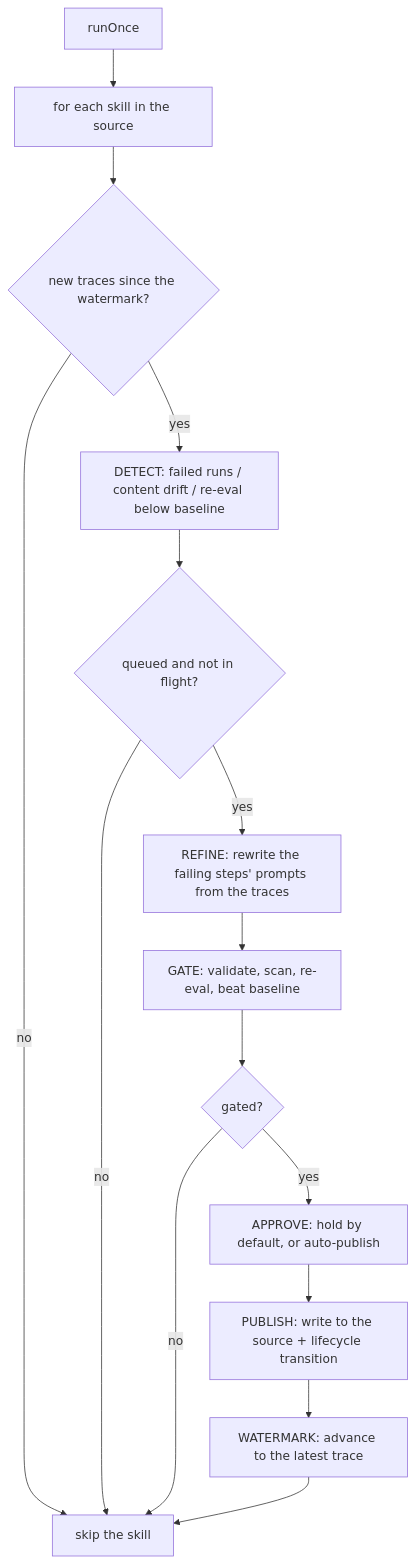
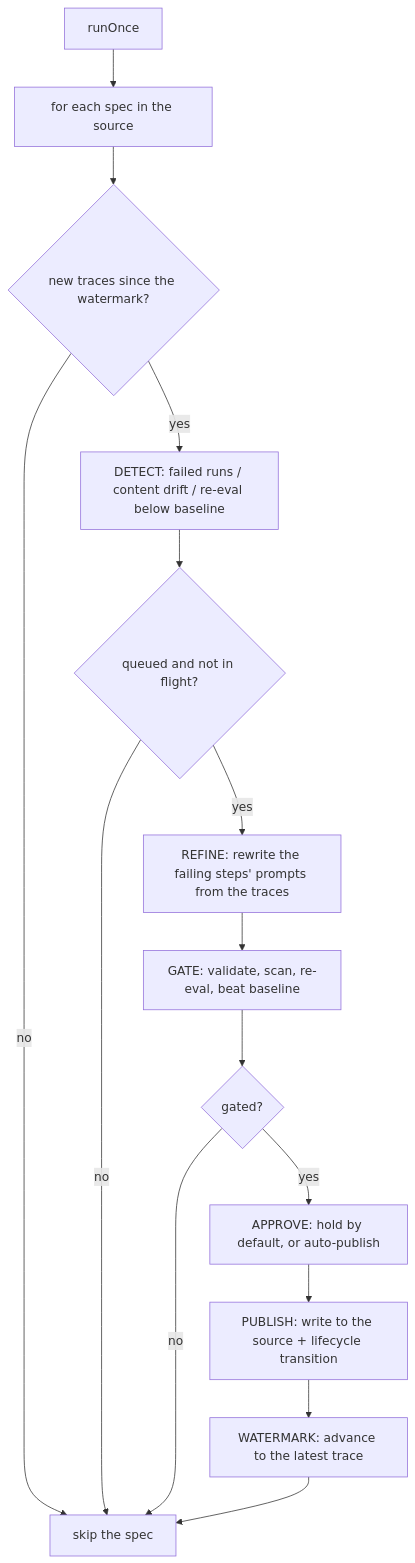
The diagram in prod/embabel-smith-studio/README.md (iromu/embabel-smith), drawn with Mermaid before and after one commit. The commit also changed other lines of this file and 650 other files, not shown here.

First line of the commit message:
Rename the skill-pack vocabulary to agent spec to match what the unit actually is

````diff
--- a/prod/embabel-smith-studio/README.md
+++ b/prod/embabel-smith-studio/README.md
@@ -124,17 +124,17 @@
 ```mermaid
 flowchart TD
-    A[runOnce] --> B[for each skill in the source]
+    A[runOnce] --> B[for each spec in the source]
     B --> C{new traces since the watermark?}
-    C -- no --> Z[skip the skill]
+    C -- no --> Z[skip the spec]
     C -- yes --> D[DETECT: failed runs / content drift / re-eval below baseline]
     D --> E{queued and not in flight?}
     E -- no --> Z
     E -- yes --> F[REFINE: rewrite the failing steps' prompts from the traces]
     F --> G[GATE: validate, scan, re-eval, beat baseline]
     G --> H{gated?}
     H -- no --> Z
     H -- yes --> I[APPROVE: hold by default, or auto-publish]
     I --> J[PUBLISH: write to the source + lifecycle transition]
     J --> K[WATERMARK: advance to the latest trace]
     K --> Z
 ```
````
